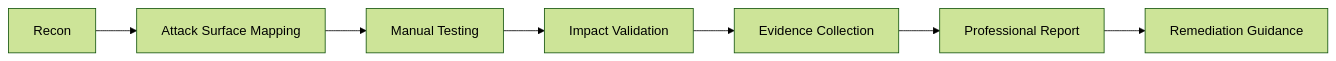
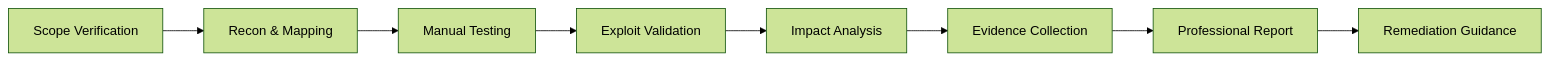
One commit to bavlybibo/bavlybibo changed the first of 4 diagrams in README.md. Above: the diagram before and after it, drawn with Mermaid (forest theme). The commit also changed other lines of this file, not shown here.

````diff
--- a/README.md
+++ b/README.md
@@ -99,9 +127,10 @@
 ```mermaid
 flowchart LR
-    A[Recon] --> B[Attack Surface Mapping]
+    A[Scope Verification] --> B[Recon & Mapping]
     B --> C[Manual Testing]
-    C --> D[Impact Validation]
-    D --> E[Evidence Collection]
-    E --> F[Professional Report]
-    F --> G[Remediation Guidance]
+    C --> D[Exploit Validation]
+    D --> E[Impact Analysis]
+    E --> F[Evidence Collection]
+    F --> G[Professional Report]
+    G --> H[Remediation Guidance]
 ```
````
